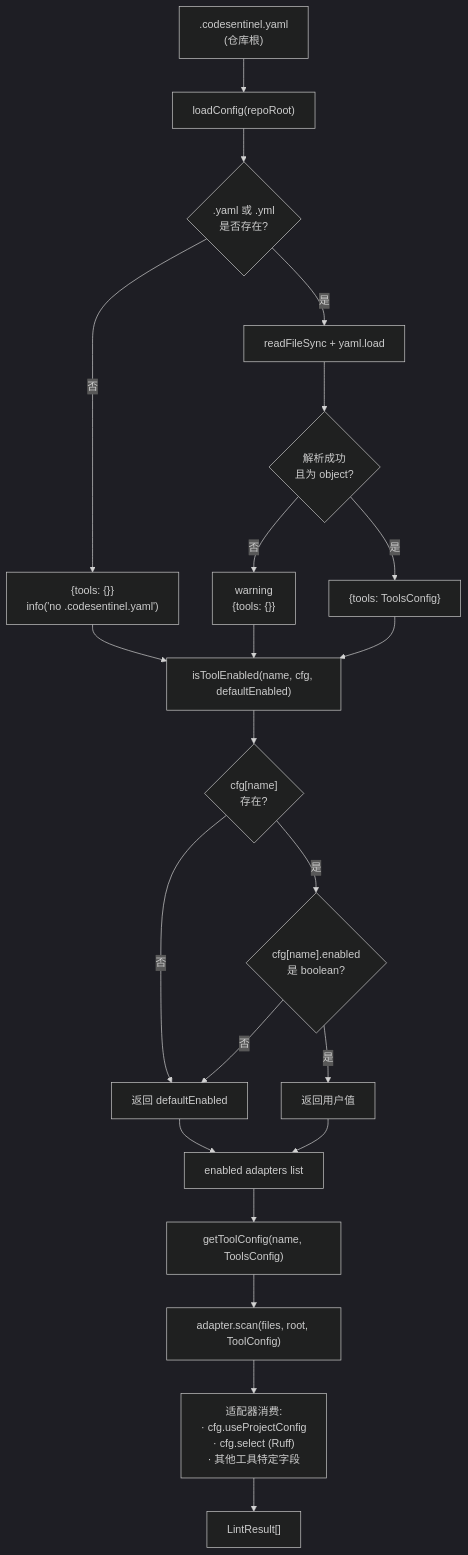
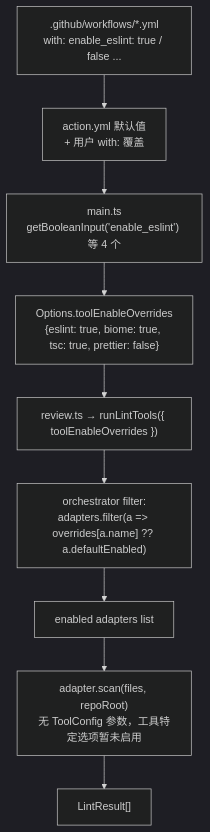
Before and after one commit to CodesSentinels/ai-reviewer: the eighth of 9 diagrams in docs/07-linter-sast-architecture.md, drawn with Mermaid (dark theme). The commit also changed other lines of this file and 18 other files, not shown here.

````diff
--- a/docs/07-linter-sast-architecture.md
+++ b/docs/07-linter-sast-architecture.md
@@ -459,28 +444,11 @@
 ```mermaid
 flowchart TD
-  Y[".codesentinel.yaml<br/>(仓库根)"] --> LC["loadConfig(repoRoot)"]
-  LC --> CF{".yaml 或 .yml<br/>是否存在?"}
-  CF -->|否| D1["{tools: {}}<br/>info('no .codesentinel.yaml')"]
-  CF -->|是| RD["readFileSync + yaml.load"]
-  RD --> CP{"解析成功<br/>且为 object?"}
-  CP -->|否| D2["warning<br/>{tools: {}}"]
-  CP -->|是| OK["{tools: ToolsConfig}"]
-
-  D1 --> E["isToolEnabled(name, cfg, defaultEnabled)"]
-  D2 --> E
-  OK --> E
-
-  E --> EX{"cfg[name]<br/>存在?"}
-  EX -->|否| DEF["返回 defaultEnabled"]
-  EX -->|是| TY{"cfg[name].enabled<br/>是 boolean?"}
-  TY -->|否| DEF
-  TY -->|是| USR["返回用户值"]
-
-  DEF --> EN["enabled adapters list"]
-  USR --> EN
-
-  EN --> GTC["getToolConfig(name, ToolsConfig)"]
-  GTC --> SC["adapter.scan(files, root, ToolConfig)"]
-  SC --> CONS["适配器消费:<br/>· cfg.useProjectConfig<br/>· cfg.select  (Ruff)<br/>· 其他工具特定字段"]
-  CONS --> RES["LintResult[]"]
+  WF[".github/workflows/*.yml<br/>with: enable_eslint: true / false ..."] --> ACT["action.yml 默认值<br/>+ 用户 with: 覆盖"]
+  ACT --> M["main.ts<br/>getBooleanInput('enable_eslint') 等 4 个"]
+  M --> O["Options.toolEnableOverrides<br/>{eslint: true, biome: true, tsc: true, prettier: false}"]
+  O --> R["review.ts → runLintTools({ toolEnableOverrides })"]
+  R --> S["orchestrator filter:<br/>adapters.filter(a => overrides[a.name] ?? a.defaultEnabled)"]
+  S --> EN["enabled adapters list"]
+  EN --> SC["adapter.scan(files, repoRoot)<br/>无 ToolConfig 参数，工具特定选项暂未启用"]
+  SC --> RES["LintResult[]"]
 ```
````
